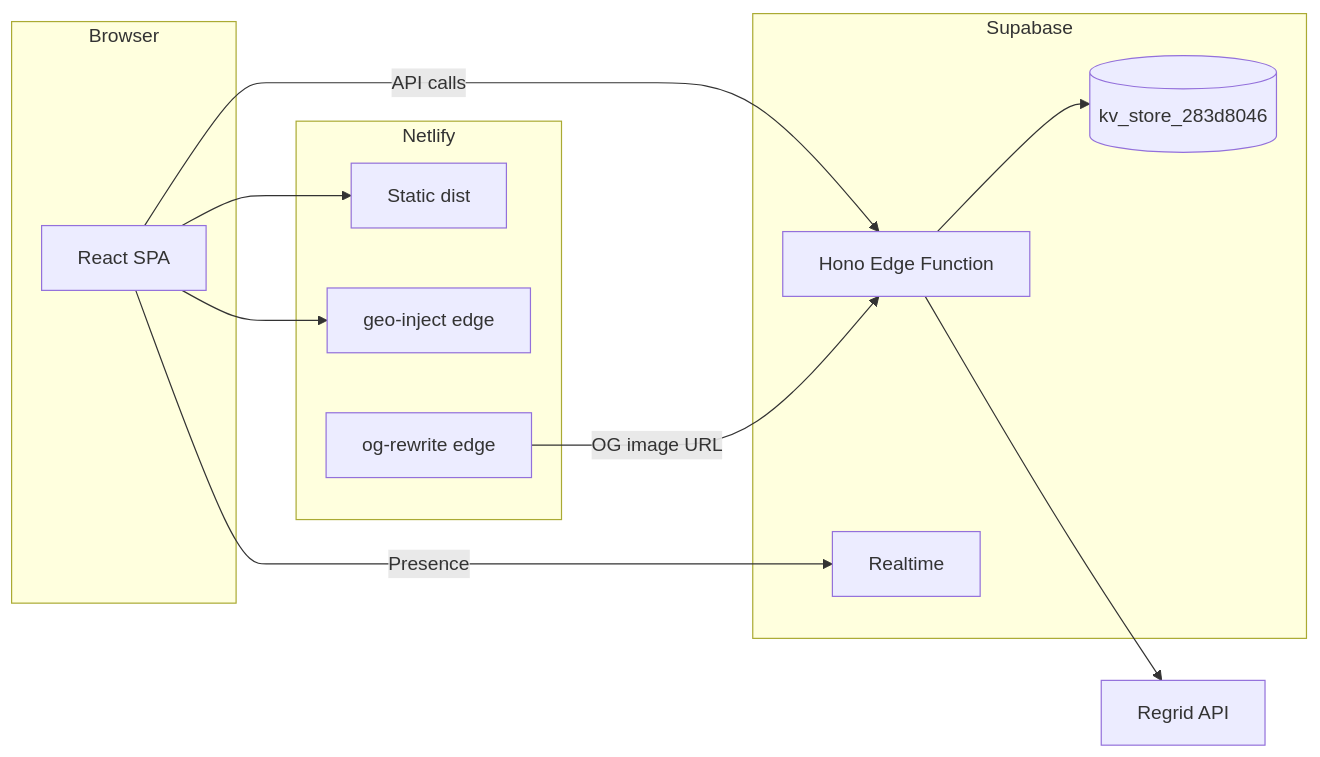
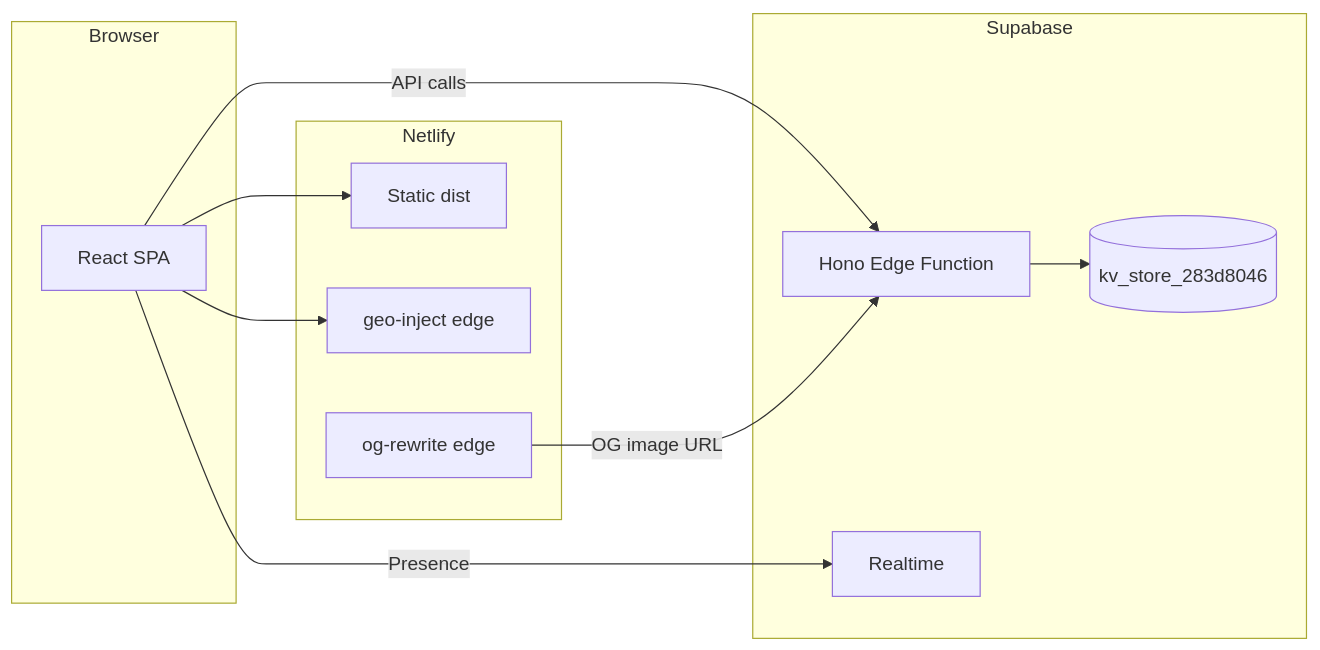
The first of 2 diagrams in docs/ARCHITECTURE.md (harvouscom/heresmychurch), drawn with Mermaid before and after one commit. The commit also changed other lines of this file and 5 other files, not shown here.

Commit message:
Remove Regrid integration and related endpoints from the server and documentation due to trial token limitations. Update architecture documentation to reflect the removal of the Regrid API and clarify that attendance is now derived from OSM geometry and heuristics only.

````diff
--- a/docs/ARCHITECTURE.md
+++ b/docs/ARCHITECTURE.md
@@ -33,24 +33,22 @@
 ```mermaid
 flowchart LR
   subgraph browser [Browser]
     SPA[React SPA]
   end
   subgraph netlify [Netlify]
     Static[Static dist]
     GeoInject[geo-inject edge]
     OGRewrite[og-rewrite edge]
   end
   subgraph supabase [Supabase]
     Edge[Hono Edge Function]
     KV[(kv_store_283d8046)]
     Realtime[Realtime]
   end
-  Regrid[Regrid API]
   SPA --> Static
   SPA --> GeoInject
   SPA -->|"API calls"| Edge
   SPA -->|"Presence"| Realtime
   Edge --> KV
-  Edge --> Regrid
   OGRewrite -->|"OG image URL"| Edge
 ```
````
